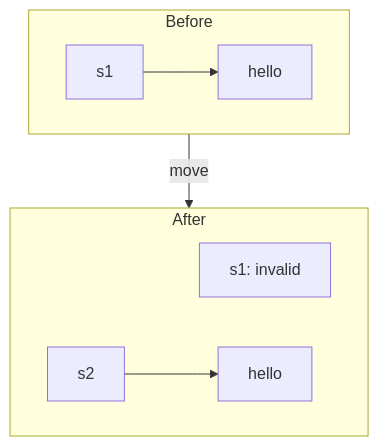
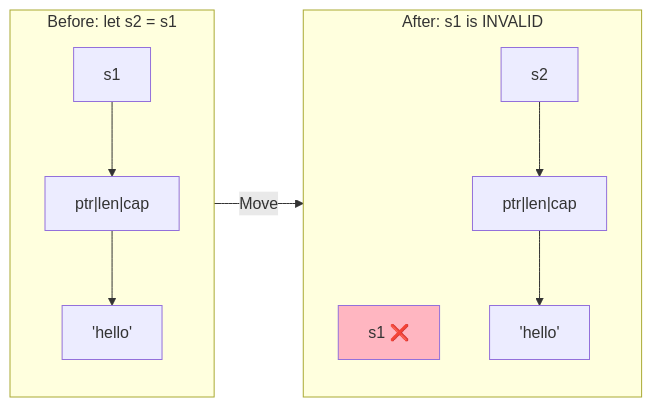
Before and after one commit to MichaelTien8901/rust-guide-tutorial: the fifth of 14 diagrams in part2/03-ownership.md, drawn with Mermaid. The commit also changed other lines of this file and 2 other files, not shown here.

````diff
--- a/part2/03-ownership.md
+++ b/part2/03-ownership.md
@@ -65,13 +131,17 @@
 ```mermaid
-graph TD
-    subgraph Before
-        A[s1] --> D["hello"]
+flowchart LR
+    subgraph Before["Before: let s2 = s1"]
+        A1["s1"] --> D1["ptr|len|cap"]
+        D1 --> H1["'hello'"]
     end
 
-    subgraph After
-        B[s1: invalid]
-        C[s2] --> E["hello"]
+    subgraph After["After: s1 is INVALID"]
+        A2["s1 ❌"]
+        A3["s2"] --> D2["ptr|len|cap"]
+        D2 --> H2["'hello'"]
     end
 
-    Before --> |move| After
+    Before -->|"Move"| After
+
+    style A2 fill:#FFB6C1
 ```
````
